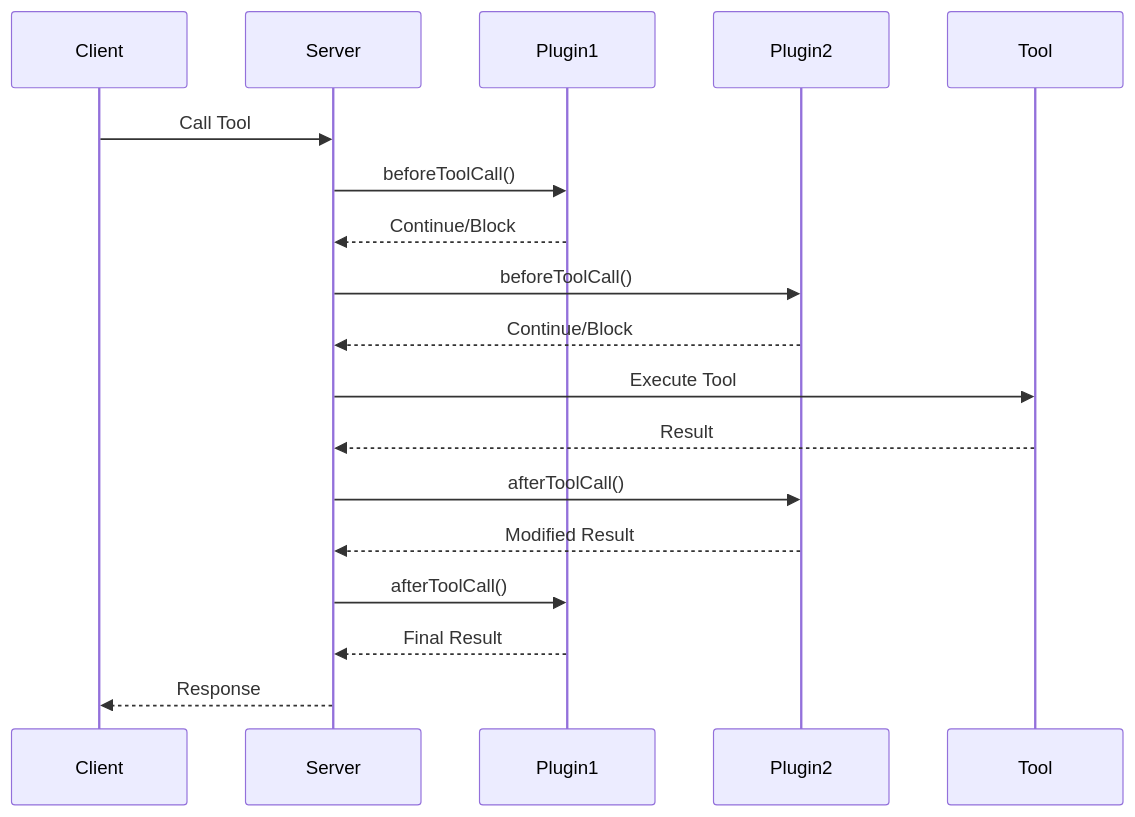
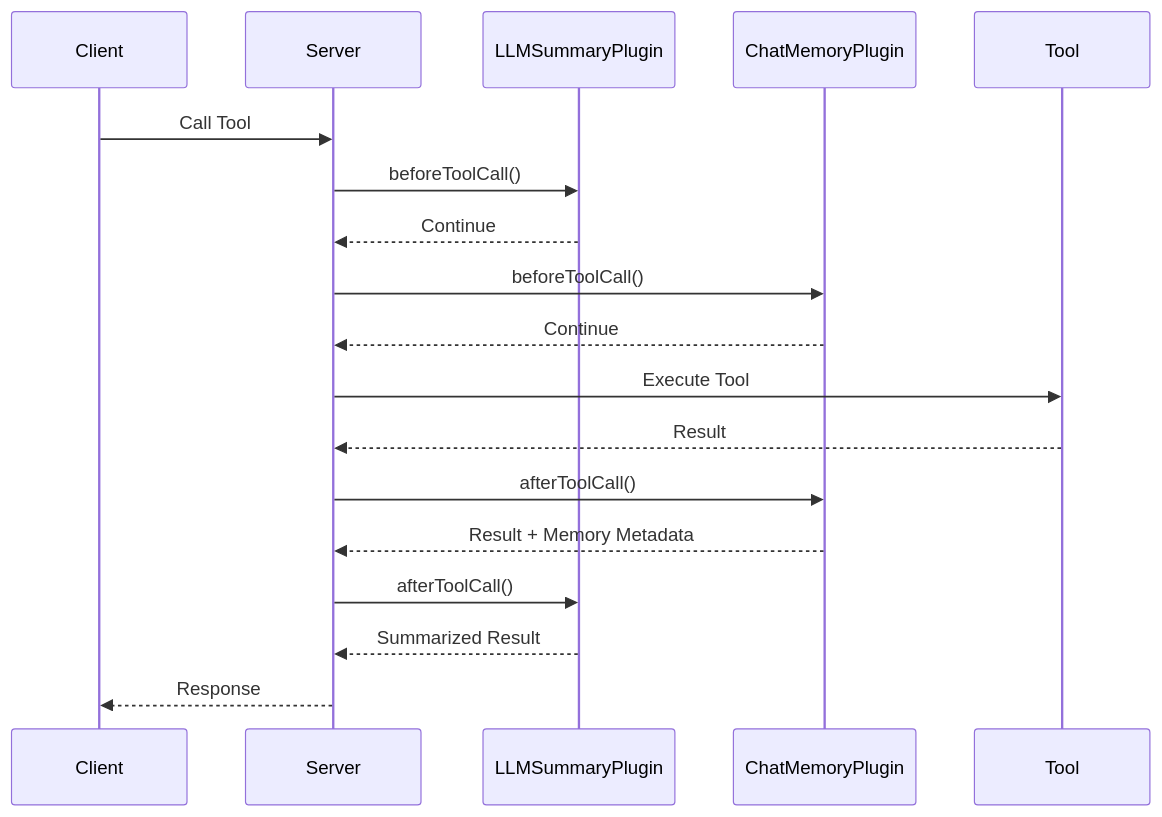
One commit to mcp-plugins/mcp-proxy-wrapper changed the diagram in docs/pages/plugins/index.mdx. Above: the diagram before and after it, drawn with Mermaid. The commit also changed other lines of this file and 10 other files, not shown here.

````diff
--- a/docs/pages/plugins/index.mdx
+++ b/docs/pages/plugins/index.mdx
@@ -74,21 +118,21 @@
 ```mermaid
 sequenceDiagram
     participant Client
     participant Server
-    participant Plugin1
-    participant Plugin2
+    participant LLMSummaryPlugin
+    participant ChatMemoryPlugin
     participant Tool
 
     Client->>Server: Call Tool
-    Server->>Plugin1: beforeToolCall()
-    Plugin1-->>Server: Continue/Block
-    Server->>Plugin2: beforeToolCall()
-    Plugin2-->>Server: Continue/Block
+    Server->>LLMSummaryPlugin: beforeToolCall()
+    LLMSummaryPlugin-->>Server: Continue
+    Server->>ChatMemoryPlugin: beforeToolCall()
+    ChatMemoryPlugin-->>Server: Continue
     Server->>Tool: Execute Tool
     Tool-->>Server: Result
-    Server->>Plugin2: afterToolCall()
-    Plugin2-->>Server: Modified Result
-    Server->>Plugin1: afterToolCall()
-    Plugin1-->>Server: Final Result
+    Server->>ChatMemoryPlugin: afterToolCall()
+    ChatMemoryPlugin-->>Server: Result + Memory Metadata
+    Server->>LLMSummaryPlugin: afterToolCall()
+    LLMSummaryPlugin-->>Server: Summarized Result
     Server-->>Client: Response
 ```
````
